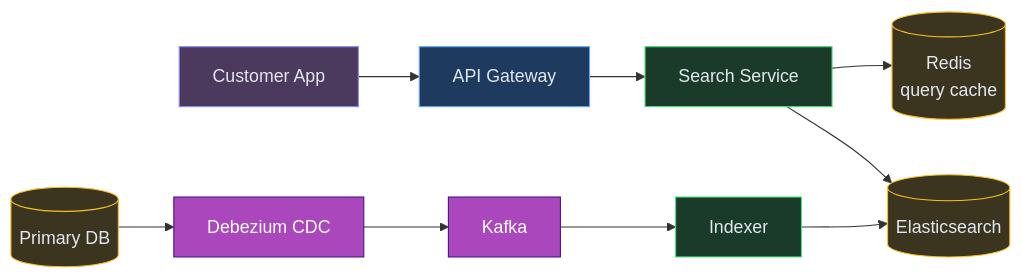
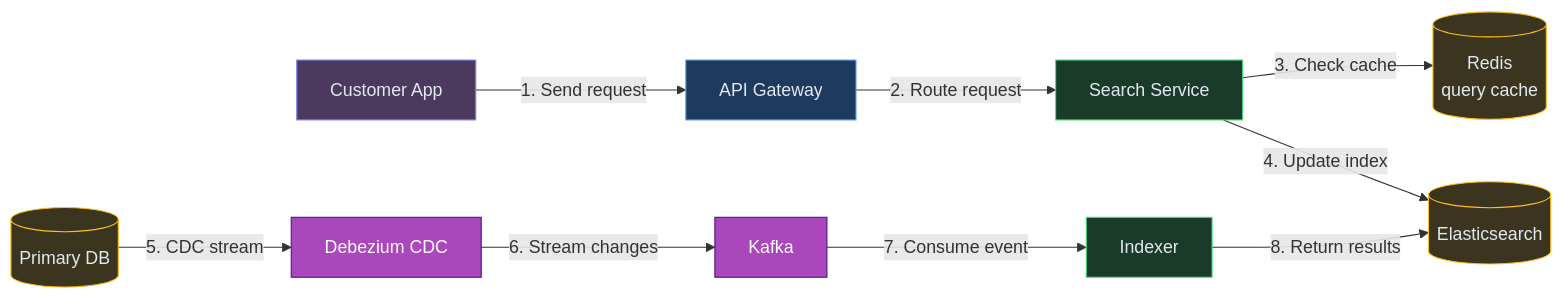
The sixth of 12 diagrams in content/hld/Zomato.md (iluzn/HLD-Designs), drawn with Mermaid before and after one commit. The commit also changed other lines of this file and 27 other files, not shown here.

````diff
--- a/content/hld/Zomato.md
+++ b/content/hld/Zomato.md
@@ -464,27 +464,27 @@
 ```mermaid
 flowchart LR
     CUST["Customer App"]:::client
     GW["API Gateway"]:::edge
     SEARCH["Search Service"]:::service
     REDIS[("Redis<br/>query cache")]:::data
     ES[("Elasticsearch")]:::data
     RDB[("Primary DB")]:::data
     CDC["Debezium CDC"]:::async
     K["Kafka"]:::async
     IDX["Indexer"]:::service
 
-    CUST --> GW
-    GW --> SEARCH
-    SEARCH --> REDIS
-    SEARCH --> ES
-    RDB --> CDC
-    CDC --> K
-    K --> IDX
-    IDX --> ES
+    CUST -->|"1. Send request"| GW
+    GW -->|"2. Route request"| SEARCH
+    SEARCH -->|"3. Check cache"| REDIS
+    SEARCH -->|"4. Update index"| ES
+    RDB -->|"5. CDC stream"| CDC
+    CDC -->|"6. Stream changes"| K
+    K -->|"7. Consume event"| IDX
+    IDX -->|"8. Return results"| ES
 
     classDef client fill:#4c3a5e,stroke:#818cf8,color:#e2e8f0
     classDef edge fill:#1e3a5f,stroke:#60a5fa,color:#e2e8f0
     classDef service fill:#1a3a2a,stroke:#4ade80,color:#e2e8f0
     classDef async fill:#AB47BC,stroke:#4A148C,color:#fff
     classDef data fill:#3b3520,stroke:#fbbf24,color:#e2e8f0
 ```
````
